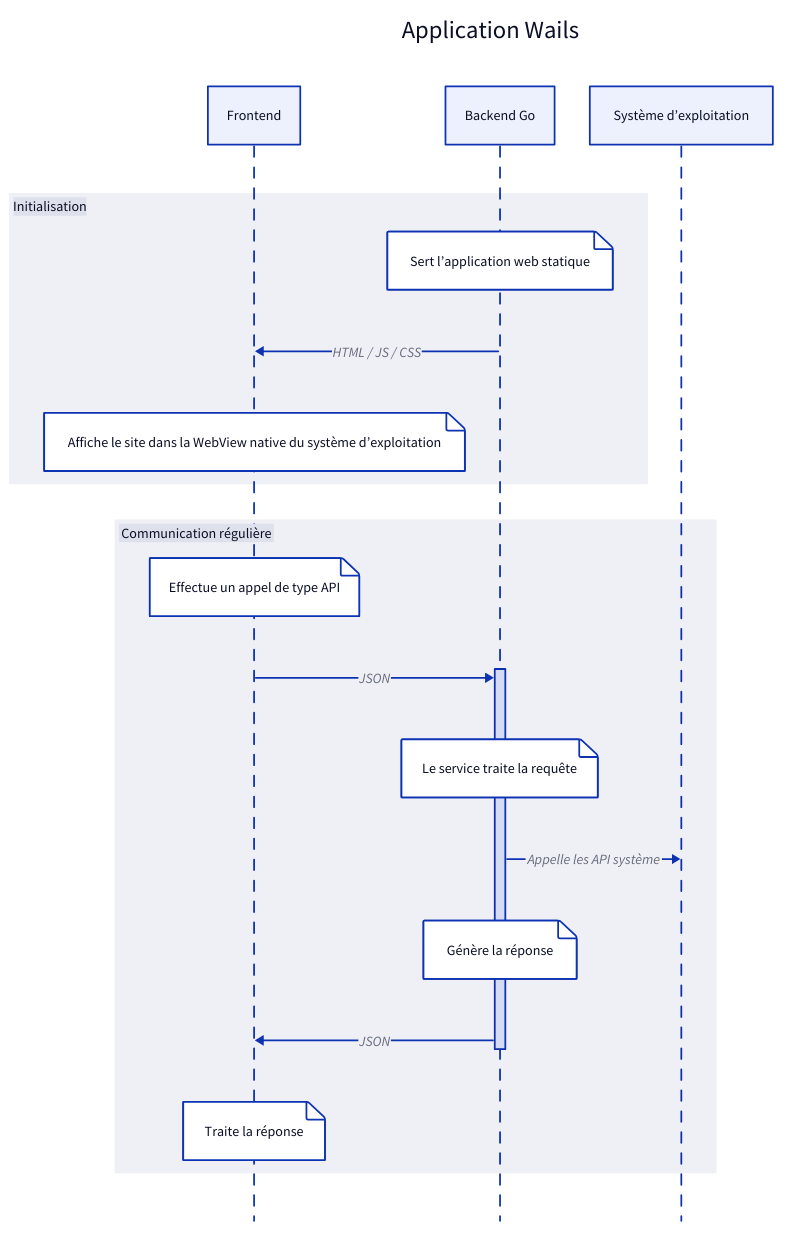
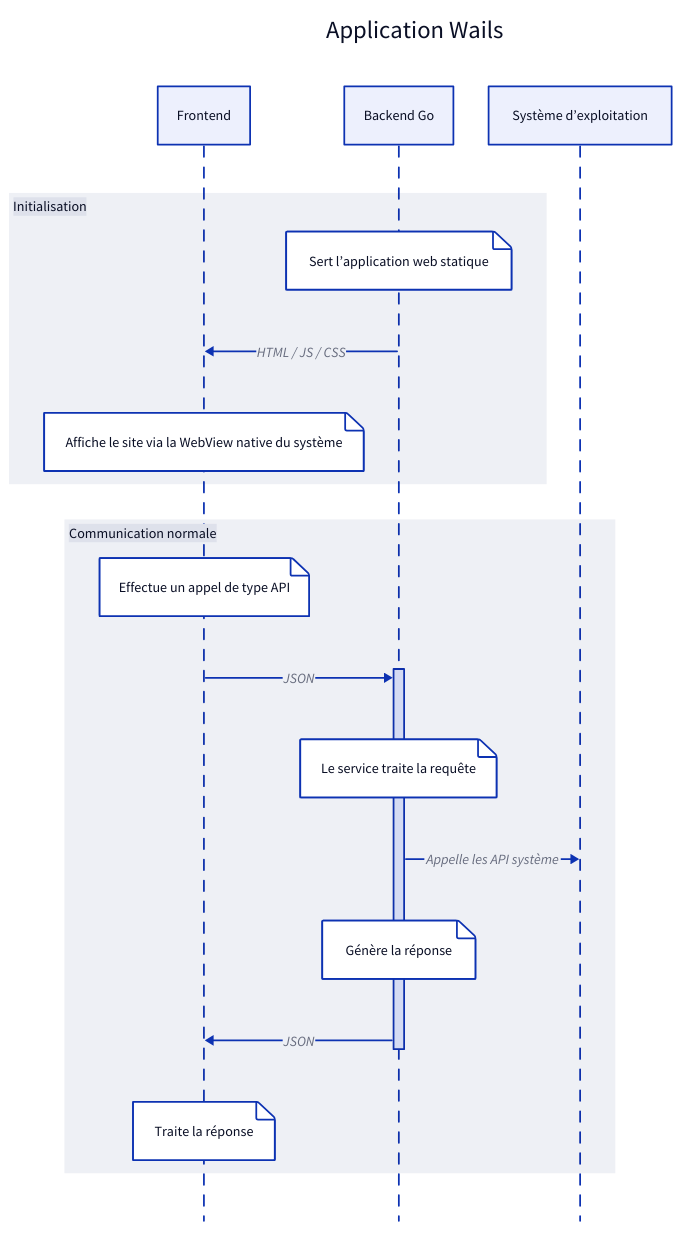
One commit to wailsapp/wails changed the first of 8 diagrams in docs/mpress/content/fr/concepts/architecture.md. Above: the diagram before and after it, drawn with D2. The commit also changed other lines of this file and 1096 other files, not shown here.

````diff
--- a/docs/mpress/content/fr/concepts/architecture.md
+++ b/docs/mpress/content/fr/concepts/architecture.md
@@ -10,30 +10,30 @@
 ```d2
 direction: left
 
 Wails App: {
   shape: sequence_diagram
   label: Application Wails
 
   frontend: Frontend
   backend: Backend Go
   os: Système d’exploitation
 
   Initialisation: Initialisation {
     shape: sequence_diagram
     backend."Serves Static Web App": Sert l’application web statique
     backend -> frontend: HTML / JS / CSS
-    frontend."Render Site via OS-native WebView": Affiche le site dans la WebView native du système d’exploitation
+    frontend."Render Site via OS-native WebView": Affiche le site via la WebView native du système
   }
-  Regular Communication: Communication régulière {
+  Regular Communication: Communication normale {
     shape: sequence_diagram
     frontend."Make API-style call": Effectue un appel de type API
     frontend -> backend.a: JSON
     backend.a."Service processes request": Le service traite la requête
     backend.a -> os: Appelle les API système
     backend.a."Generate Response": Génère la réponse
     backend.a -> frontend: JSON
     frontend."Process response": Traite la réponse
   }
   backend.a.label: a
 }
 ```
````
